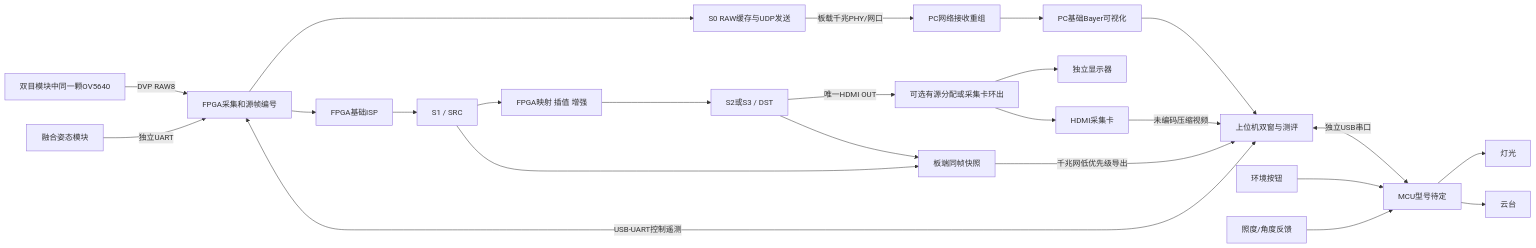
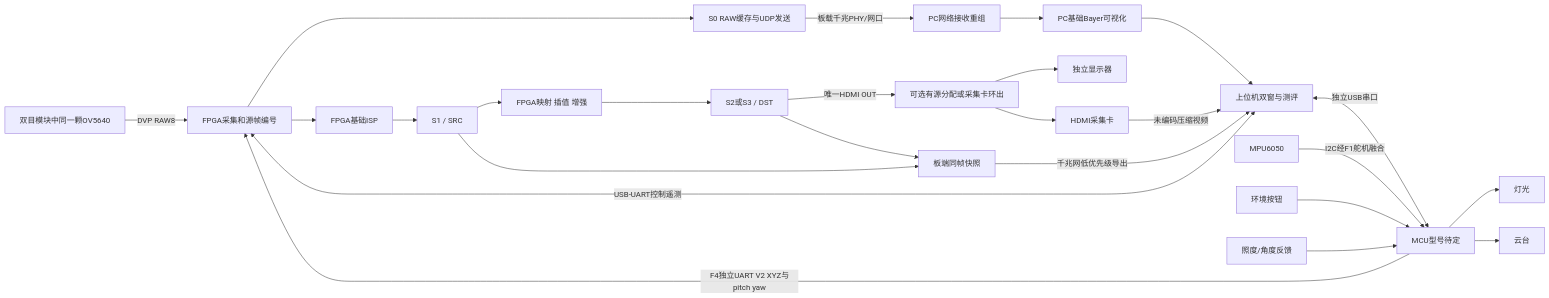
One commit to CaiVegetable0932/26-FPGA-Pango changed the diagram in output/host/01_硬件连接与通信.md. Above: the diagram before and after it, drawn with Mermaid. The commit also changed other lines of this file and 1809 other files, not shown here.

````diff
--- a/output/host/01_硬件连接与通信.md
+++ b/output/host/01_硬件连接与通信.md
@@ -42,26 +44,27 @@
 ```mermaid
 flowchart LR
     CAM[双目模块中同一颗OV5640] -->|DVP RAW8| IN[FPGA采集和源帧编号]
     IN --> RAW[S0 RAW缓存与UDP发送]
     RAW -->|板载千兆PHY/网口| NET[PC网络接收重组]
     NET --> BASIC[PC基础Bayer可视化]
     BASIC --> PC[上位机双窗与测评]
     IN --> ISP[FPGA基础ISP]
     ISP --> SRC[S1 / SRC]
     SRC --> WARP[FPGA映射 插值 增强]
     WARP --> DST[S2或S3 / DST]
     DST -->|唯一HDMI OUT| SPLIT[可选有源分配或采集卡环出]
     SPLIT --> MON[独立显示器]
     SPLIT --> CAP[HDMI采集卡]
     CAP -->|未编码压缩视频| PC
     SRC --> SNAP[板端同帧快照]
     DST --> SNAP
     SNAP -->|千兆网低优先级导出| PC
-    IMU[融合姿态模块] -->|独立UART| IN
+    IMU[MPU6050] -->|I2C经F1舵机融合| MCU
+    MCU -->|F4独立UART V2 XYZ与pitch yaw| IN
     PC <-->|USB-UART控制遥测| IN
     PC <-->|独立USB串口| MCU[MCU型号待定]
     BTN[环境按钮] --> MCU
     MCU --> LIGHT[灯光]
     MCU --> MOTOR[云台]
     SENSOR[照度/角度反馈] --> MCU
 ```
````
